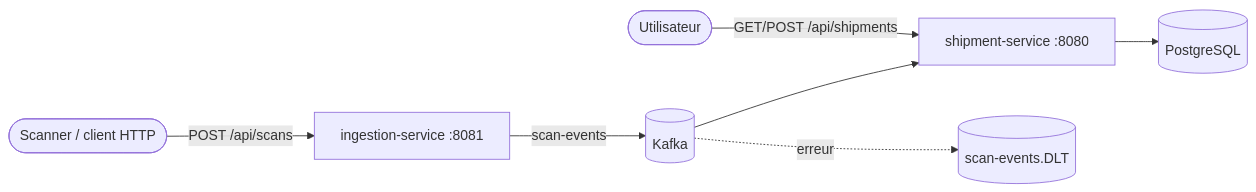
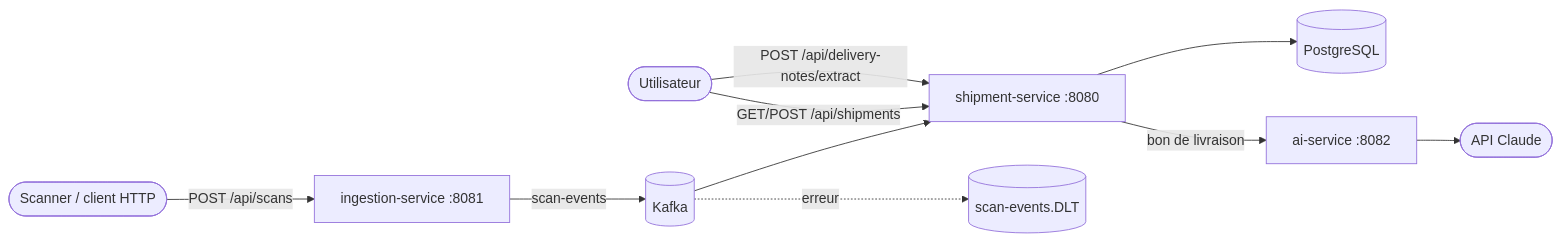
One commit to MPeyrot/logistics-flow-platform changed the diagram in README.md. Above: the diagram before and after it, drawn with Mermaid. The commit also changed other lines of this file and 20 other files, not shown here.

First line of the commit message:
feat(shipment-service): lecture des bons de livraison via ai-service

````diff
--- a/README.md
+++ b/README.md
@@ -11,9 +11,12 @@
 ```mermaid
 flowchart LR
     scanner([Scanner / client HTTP]) -->|POST /api/scans| ingestion[ingestion-service :8081]
     ingestion -->|scan-events| kafka[(Kafka)]
     kafka --> shipment[shipment-service :8080]
     kafka -.->|erreur| dlt[(scan-events.DLT)]
     shipment --> db[(PostgreSQL)]
     user([Utilisateur]) -->|GET/POST /api/shipments| shipment
+    user -->|POST /api/delivery-notes/extract| shipment
+    shipment -->|bon de livraison| ai[ai-service :8082]
+    ai --> claude([API Claude])
 ```
````
